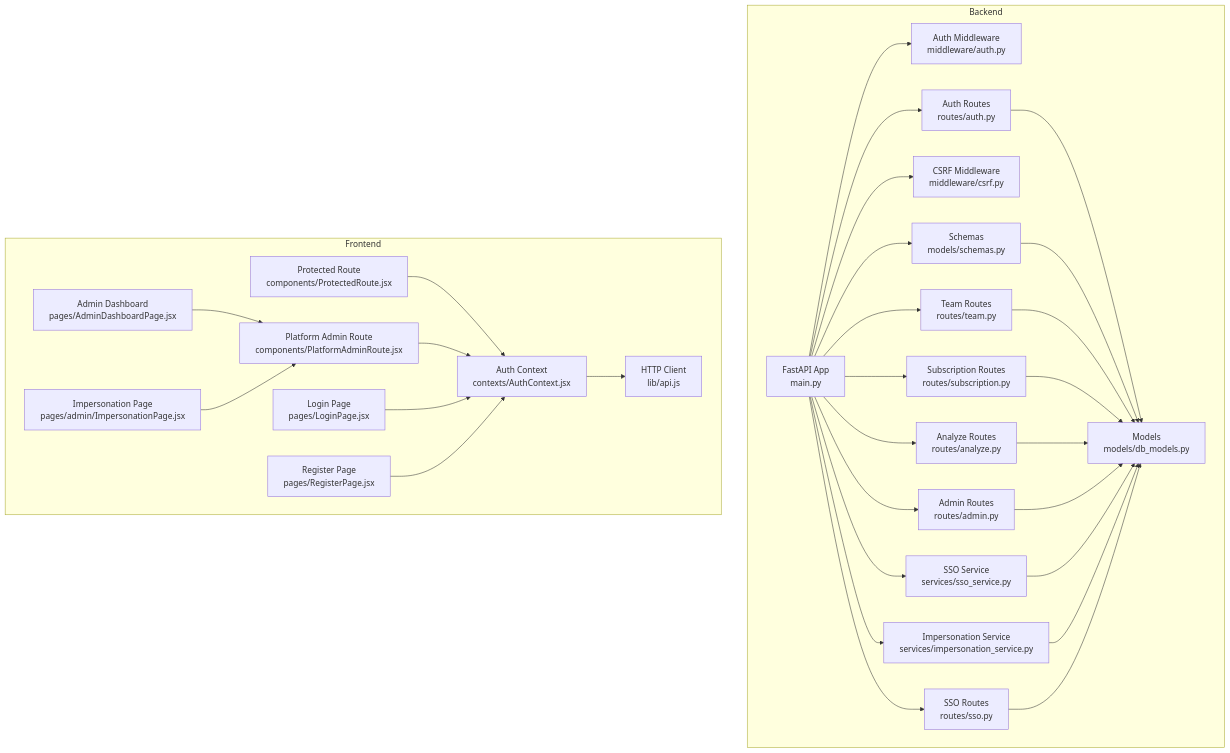
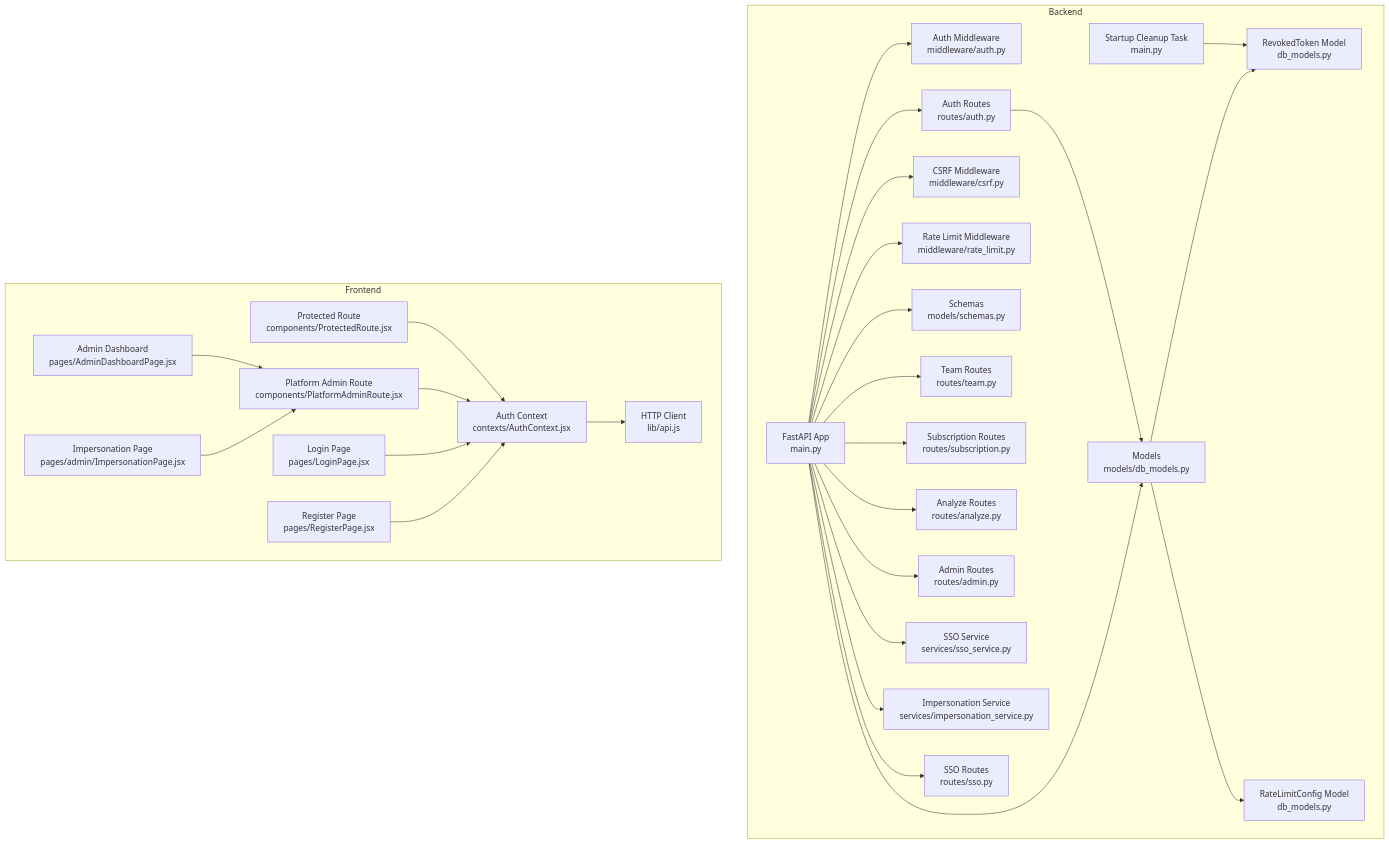
The first of 19 diagrams in .qoder/repowiki/en/content/Authentication & Authorization/Authentication & Authorization.md (Revanththetalogics/aireume), drawn with Mermaid before and after one commit. The commit also changed other lines of this file and 13 other files, not shown here.

````diff
--- a/.qoder/repowiki/en/content/Authentication & Authorization/Authentication & Authorization.md
+++ b/.qoder/repowiki/en/content/Authentication & Authorization/Authentication & Authorization.md
@@ -56,55 +58,56 @@
 ```mermaid
 graph TB
 subgraph "Backend"
 A["FastAPI App<br/>main.py"]
 B["Auth Middleware<br/>middleware/auth.py"]
 C["Auth Routes<br/>routes/auth.py"]
 D["CSRF Middleware<br/>middleware/csrf.py"]
-E["Models<br/>models/db_models.py"]
-F["Schemas<br/>models/schemas.py"]
-G["Team Routes<br/>routes/team.py"]
-H["Subscription Routes<br/>routes/subscription.py"]
-I["Analyze Routes<br/>routes/analyze.py"]
-J["Admin Routes<br/>routes/admin.py"]
-K["SSO Service<br/>services/sso_service.py"]
-L["Impersonation Service<br/>services/impersonation_service.py"]
-M["SSO Routes<br/>routes/sso.py"]
+E["Rate Limit Middleware<br/>middleware/rate_limit.py"]
+F["Models<br/>models/db_models.py"]
+G["Schemas<br/>models/schemas.py"]
+H["Team Routes<br/>routes/team.py"]
+I["Subscription Routes<br/>routes/subscription.py"]
+J["Analyze Routes<br/>routes/analyze.py"]
+K["Admin Routes<br/>routes/admin.py"]
+L["SSO Service<br/>services/sso_service.py"]
+M["Impersonation Service<br/>services/impersonation_service.py"]
+N["SSO Routes<br/>routes/sso.py"]
+O["RevokedToken Model<br/>db_models.py"]
+P["RateLimitConfig Model<br/>db_models.py"]
+Q["Startup Cleanup Task<br/>main.py"]
 end
 subgraph "Frontend"
 X["Auth Context<br/>contexts/AuthContext.jsx"]
 Y["HTTP Client<br/>lib/api.js"]
 Z["Protected Route<br/>components/ProtectedRoute.jsx"]
 AA["Platform Admin Route<br/>components/PlatformAdminRoute.jsx"]
 U["Login Page<br/>pages/LoginPage.jsx"]
 V["Register Page<br/>pages/RegisterPage.jsx"]
 AB["Admin Dashboard<br/>pages/AdminDashboardPage.jsx"]
 AC["Impersonation Page<br/>pages/admin/ImpersonationPage.jsx"]
 end
 A --> B
 A --> C
 A --> D
+A --> E
 A --> F
 A --> G
 A --> H
 A --> I
 A --> J
 A --> K
 A --> L
 A --> M
-C --> E
-F --> E
-G --> E
-H --> E
-I --> E
-J --> E
-K --> E
-L --> E
-M --> E
+A --> N
+C --> F
+F --> O
+F --> P
+Q --> O
 X --> Y
 Z --> X
 AA --> X
 U --> X
 V --> X
 AB --> AA
 AC --> AA
 ```
````
